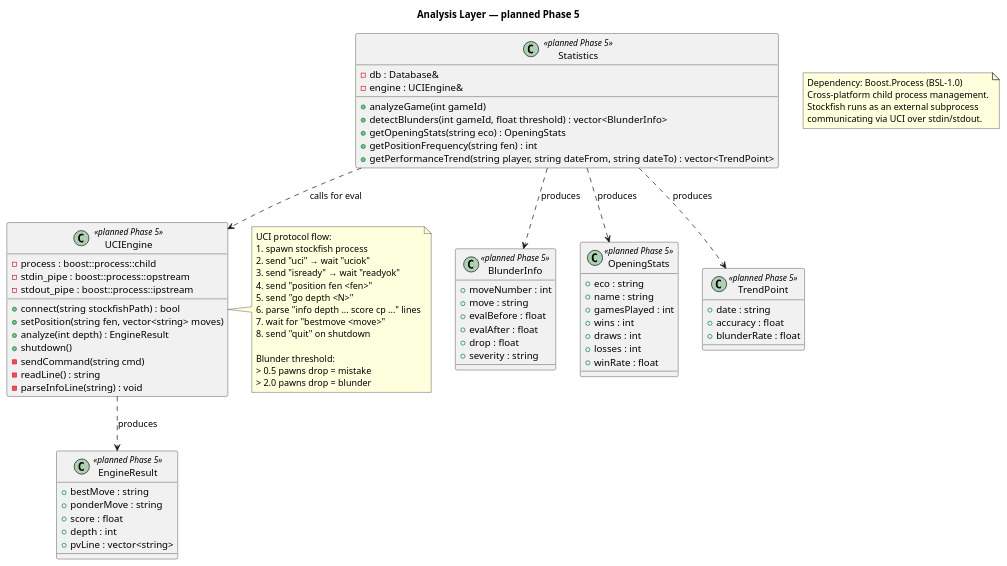
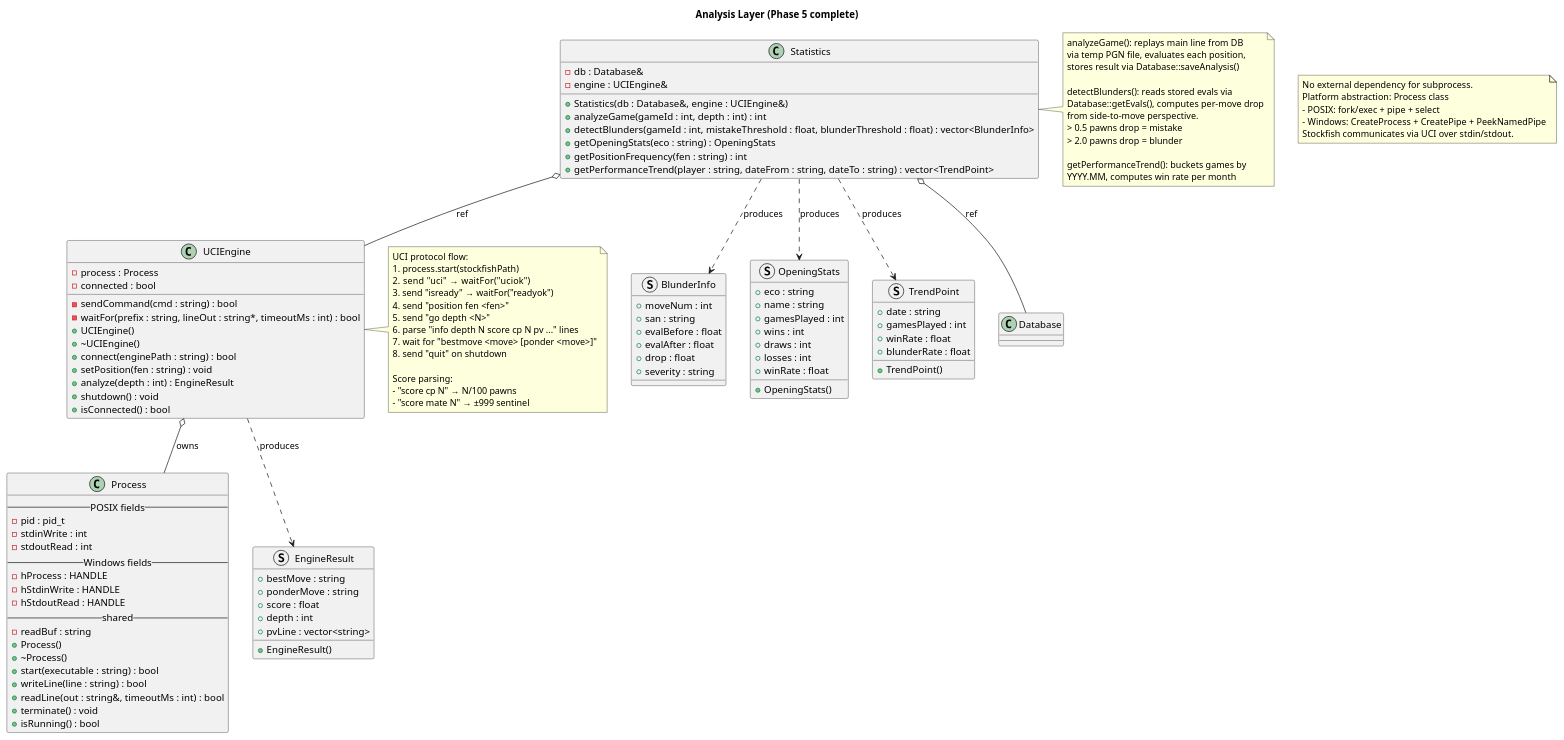
The diagram in docs/uml/05_analysis.puml (Theodore-Bardy/chess-core), drawn with PlantUML before and after one commit. The commit also changed 11 other files, not shown here.

First line of the commit message:
feat(analysis): add Stockfish UCI engine interface and game statistics

```diff
--- a/docs/uml/05_analysis.puml
+++ b/docs/uml/05_analysis.puml
@@ -1,90 +1,137 @@
 @startuml analysis
 
-title Analysis Layer — planned Phase 5
+title Analysis Layer (Phase 5 complete)
 
 note as Dep
-  Dependency: Boost.Process (BSL-1.0)
-  Cross-platform child process management.
-  Stockfish runs as an external subprocess
-  communicating via UCI over stdin/stdout.
+  No external dependency for subprocess.
+  Platform abstraction: Process class
+  - POSIX: fork/exec + pipe + select
+  - Windows: CreateProcess + CreatePipe + PeekNamedPipe
+  Stockfish communicates via UCI over stdin/stdout.
 end note
 
-class UCIEngine <<planned Phase 5>> {
-    - process : boost::process::child
-    - stdin_pipe : boost::process::opstream
-    - stdout_pipe : boost::process::ipstream
-    + connect(string stockfishPath) : bool
-    + setPosition(string fen, vector<string> moves)
-    + analyze(int depth) : EngineResult
-    + shutdown()
-    - sendCommand(string cmd)
-    - readLine() : string
-    - parseInfoLine(string) : void
+class Process {
+    -- POSIX fields --
+    - pid : pid_t
+    - stdinWrite : int
+    - stdoutRead : int
+    -- Windows fields --
+    - hProcess : HANDLE
+    - hStdinWrite : HANDLE
+    - hStdoutRead : HANDLE
+    -- shared --
+    - readBuf : string
+    + Process()
+    + ~Process()
+    + start(executable : string) : bool
+    + writeLine(line : string) : bool
+    + readLine(out : string&, timeoutMs : int) : bool
+    + terminate() : void
+    + isRunning() : bool
 }
 
-class EngineResult <<planned Phase 5>> {
+class UCIEngine {
+    - process : Process
+    - connected : bool
+    - sendCommand(cmd : string) : bool
+    - waitFor(prefix : string, lineOut : string*, timeoutMs : int) : bool
+    + UCIEngine()
+    + ~UCIEngine()
+    + connect(enginePath : string) : bool
+    + setPosition(fen : string) : void
+    + analyze(depth : int) : EngineResult
+    + shutdown() : void
+    + isConnected() : bool
+}
+
+struct EngineResult {
     + bestMove : string
     + ponderMove : string
     + score : float
     + depth : int
     + pvLine : vector<string>
+    + EngineResult()
 }
 
-class Statistics <<planned Phase 5>> {
+class Statistics {
     - db : Database&
     - engine : UCIEngine&
-    + analyzeGame(int gameId)
-    + detectBlunders(int gameId, float threshold) : vector<BlunderInfo>
-    + getOpeningStats(string eco) : OpeningStats
-    + getPositionFrequency(string fen) : int
-    + getPerformanceTrend(string player, string dateFrom, string dateTo) : vector<TrendPoint>
+    + Statistics(db : Database&, engine : UCIEngine&)
+    + analyzeGame(gameId : int, depth : int) : int
+    + detectBlunders(gameId : int, mistakeThreshold : float, blunderThreshold : float) : vector<BlunderInfo>
+    + getOpeningStats(eco : string) : OpeningStats
+    + getPositionFrequency(fen : string) : int
+    + getPerformanceTrend(player : string, dateFrom : string, dateTo : string) : vector<TrendPoint>
 }
 
-class BlunderInfo <<planned Phase 5>> {
-    + moveNumber : int
-    + move : string
+struct BlunderInfo {
+    + moveNum : int
+    + san : string
     + evalBefore : float
     + evalAfter : float
     + drop : float
     + severity : string
 }
 
-class OpeningStats <<planned Phase 5>> {
+struct OpeningStats {
     + eco : string
     + name : string
     + gamesPlayed : int
     + wins : int
     + draws : int
     + losses : int
     + winRate : float
+    + OpeningStats()
 }
 
-class TrendPoint <<planned Phase 5>> {
+struct TrendPoint {
     + date : string
-    + accuracy : float
+    + gamesPlayed : int
+    + winRate : float
     + blunderRate : float
+    + TrendPoint()
 }
 
-UCIEngine ..> EngineResult : produces
-Statistics ..> UCIEngine : calls for eval
-Statistics ..> BlunderInfo : produces
+class Database {
+}
+
+UCIEngine o-- Process       : owns
+UCIEngine ..> EngineResult  : produces
+Statistics o-- Database     : ref
+Statistics o-- UCIEngine    : ref
+Statistics ..> BlunderInfo  : produces
 Statistics ..> OpeningStats : produces
-Statistics ..> TrendPoint : produces
+Statistics ..> TrendPoint   : produces
 
 note right of UCIEngine
   UCI protocol flow:
-  1. spawn stockfish process
-  2. send "uci" → wait "uciok"
-  3. send "isready" → wait "readyok"
+  1. process.start(stockfishPath)
+  2. send "uci"    → waitFor("uciok")
+  3. send "isready" → waitFor("readyok")
   4. send "position fen <fen>"
   5. send "go depth <N>"
-  6. parse "info depth ... score cp ..." lines
-  7. wait for "bestmove <move>"
+  6. parse "info depth N score cp N pv ..." lines
+  7. wait for "bestmove <move> [ponder <move>]"
   8. send "quit" on shutdown
 
-  Blunder threshold:
+  Score parsing:
+  - "score cp N" → N/100 pawns
+  - "score mate N" → ±999 sentinel
+end note
+
+note right of Statistics
+  analyzeGame(): replays main line from DB
+  via temp PGN file, evaluates each position,
+  stores result via Database::saveAnalysis()
+
+  detectBlunders(): reads stored evals via
+  Database::getEvals(), computes per-move drop
+  from side-to-move perspective.
   > 0.5 pawns drop = mistake
   > 2.0 pawns drop = blunder
+
+  getPerformanceTrend(): buckets games by
+  YYYY.MM, computes win rate per month
 end note
 
 @enduml
```
